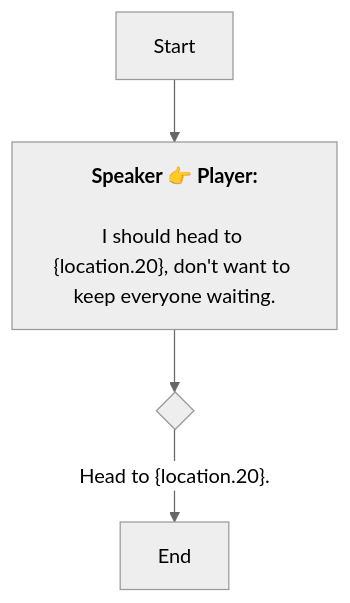
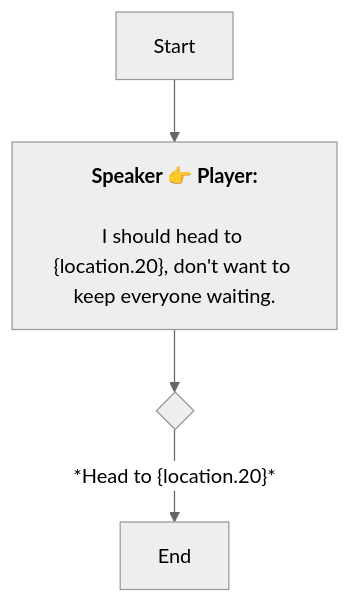
Before and after one commit to SoftHu/tos_avg: the diagram in En/QuestStartTalkENode_1741807069284794.md, drawn with Mermaid (neutral theme). The commit also changed 312 other files, not shown here.

````diff
--- a/En/QuestStartTalkENode_1741807069284794.md
+++ b/En/QuestStartTalkENode_1741807069284794.md
@@ -1,9 +1,9 @@
 ```mermaid
 graph
 Start -->1741807087283645[<b>Speaker 👉 Player:</b>
 
 I should head to &lbrace;location.20&rbrace;, don't want to keep everyone waiting.]
 1741807087283645 -->1741807109361086{ }
-1741807109361086 -->|Head to &lbrace;location.20&rbrace;.|1741807120502209[End]
+1741807109361086 -->|*Head to &lbrace;location.20&rbrace;*|1741807120502209[End]
 
  ```
````
